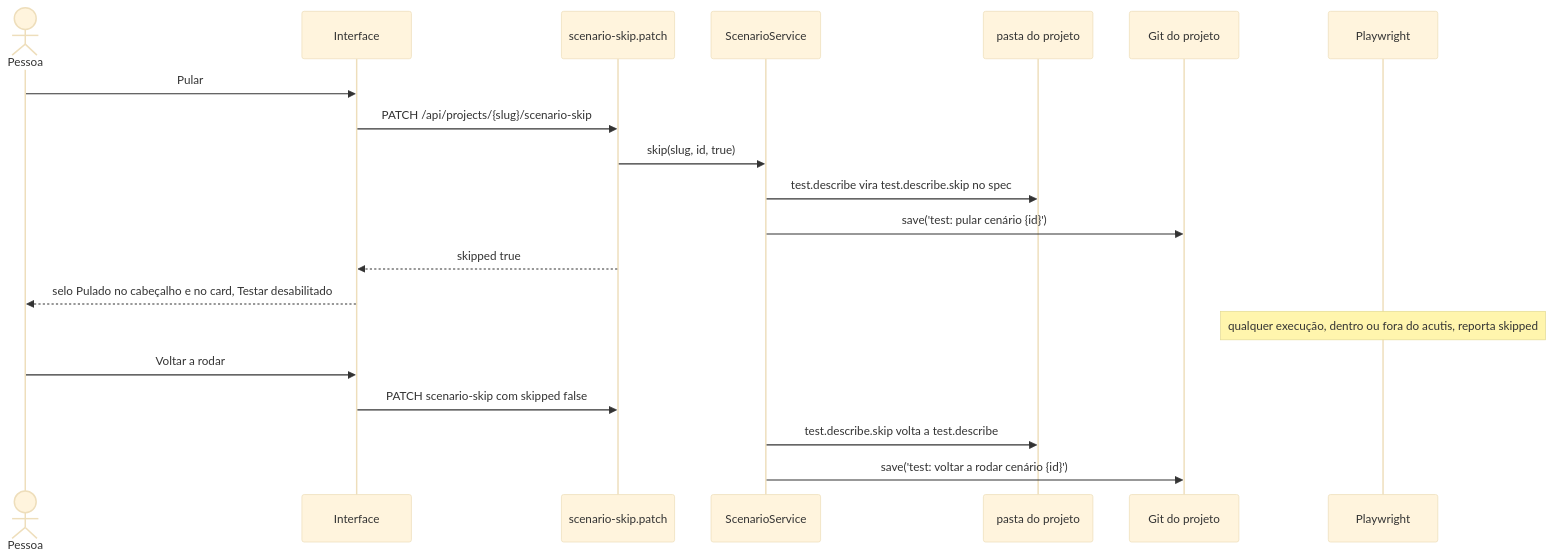
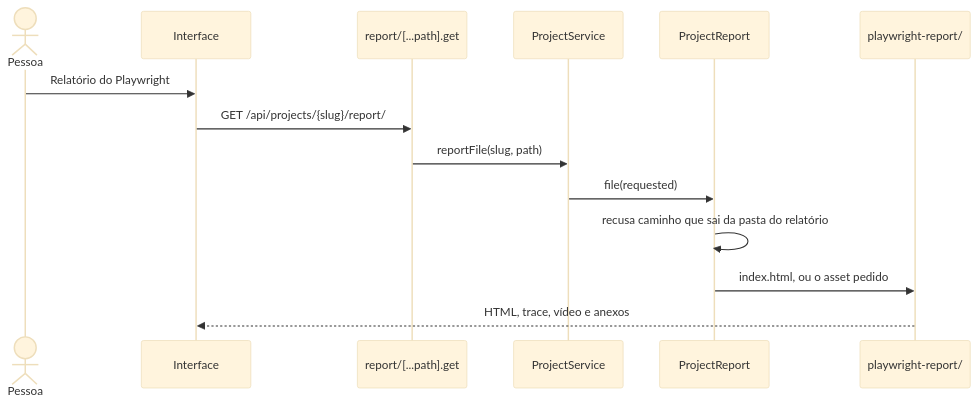
Before and after one commit to KauanCalheiro/acutis: diagram 20 of 28 in docs/DIAGRAMS/SEQUENCE-DIAGRAMS.md, drawn with Mermaid (base theme). The commit also changed other lines of this file and 7 other files, not shown here.

````diff
--- a/docs/DIAGRAMS/SEQUENCE-DIAGRAMS.md
+++ b/docs/DIAGRAMS/SEQUENCE-DIAGRAMS.md
@@ -400,25 +720,17 @@
 ```mermaid
 sequenceDiagram
   actor Pessoa
   participant App as Interface
-  participant API as scenario-skip.patch
-  participant SS as ScenarioService
-  participant FS as pasta do projeto
-  participant Git as Git do projeto
-  participant PW as Playwright
+  participant API as report/[...path].get
+  participant PS as ProjectService
+  participant PR as ProjectReport
+  participant FS as playwright-report/
 
-  Pessoa->>App: Pular
-  App->>API: PATCH /api/projects/{slug}/scenario-skip
-  API->>SS: skip(slug, id, true)
-  SS->>FS: test.describe vira test.describe.skip no spec
-  SS->>Git: save('test: pular cenário {id}')
-  API-->>App: skipped true
-  App-->>Pessoa: selo Pulado no cabeçalho e no card, Testar desabilitado
-
-  Note over PW: qualquer execução, dentro ou fora do acutis, reporta skipped
-
-  Pessoa->>App: Voltar a rodar
-  App->>API: PATCH scenario-skip com skipped false
-  SS->>FS: test.describe.skip volta a test.describe
-  SS->>Git: save('test: voltar a rodar cenário {id}')
+  Pessoa->>App: Relatório do Playwright
+  App->>API: GET /api/projects/{slug}/report/
+  API->>PS: reportFile(slug, path)
+  PS->>PR: file(requested)
+  PR->>PR: recusa caminho que sai da pasta do relatório
+  PR->>FS: index.html, ou o asset pedido
+  FS-->>App: HTML, trace, vídeo e anexos
 ```
````
